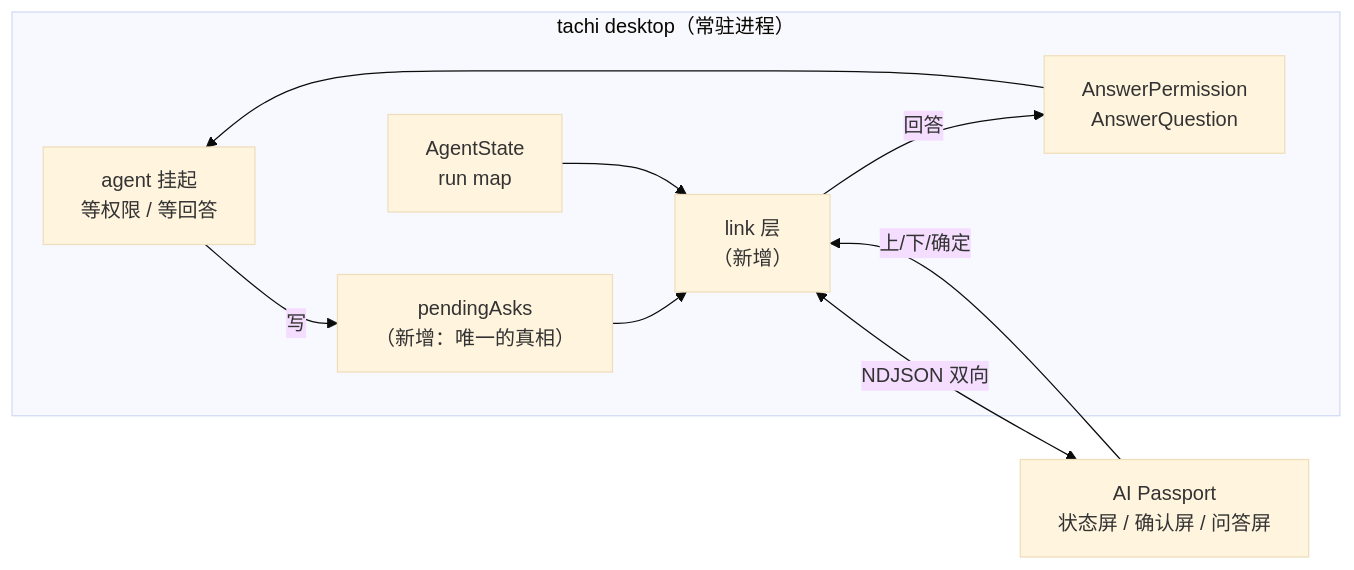
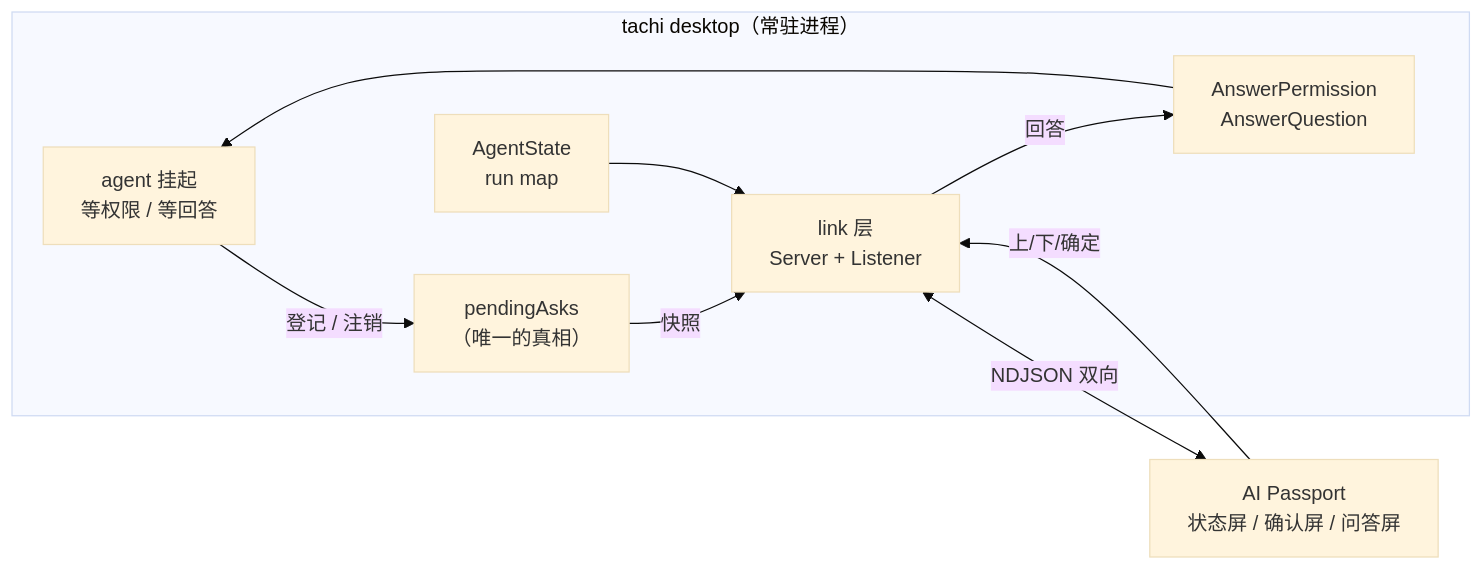
Before and after one commit to monsterxx03/tachi: the diagram in docs/2026-09-28-agent-badge-link-design.md, drawn with Mermaid (base theme). The commit also changed other lines of this file, not shown here.

````diff
--- a/docs/2026-09-28-agent-badge-link-design.md
+++ b/docs/2026-09-28-agent-badge-link-design.md
@@ -130,15 +43,15 @@
 ```mermaid
 flowchart LR
     subgraph PC["tachi desktop（常驻进程）"]
         A["agent 挂起<br/>等权限 / 等回答"]
-        B["pendingAsks<br/>（新增：唯一的真相）"]
-        C["link 层<br/>（新增）"]
-        A -- "写" --> B
-        B --> C
+        B["pendingAsks<br/>（唯一的真相）"]
+        C["link 层<br/>Server + Listener"]
+        A -- "登记 / 注销" --> B
+        B -- "快照" --> C
         C -- "回答" --> D["AnswerPermission<br/>AnswerQuestion"]
         D --> A
         E["AgentState<br/>run map"] --> C
     end
     C <-- "NDJSON 双向" --> F["AI Passport<br/>状态屏 / 确认屏 / 问答屏"]
     F -- "上/下/确定" --> C
 ```
````
